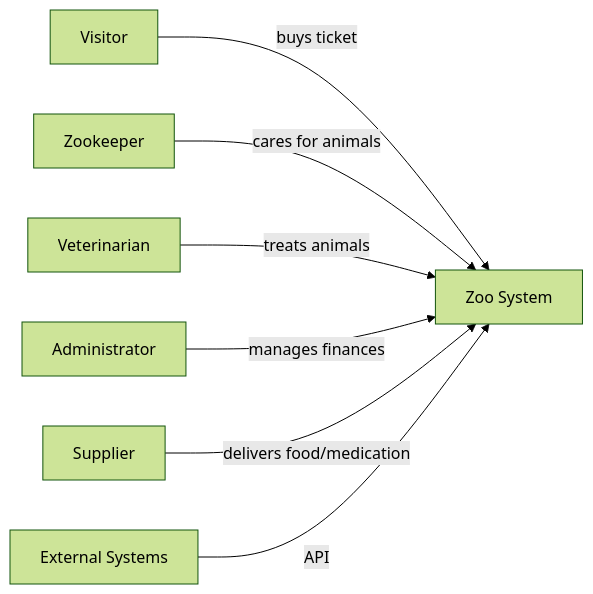
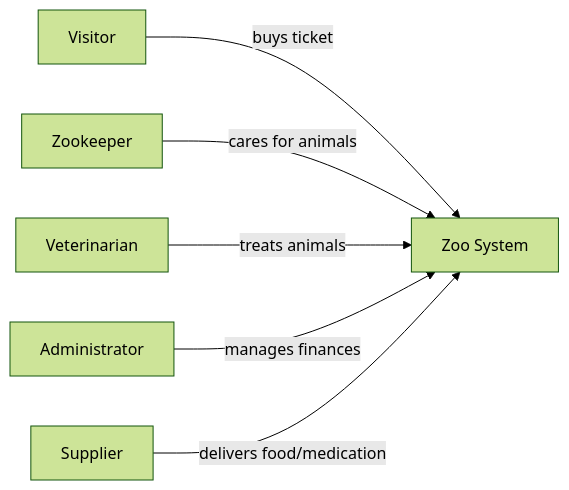
One commit to Darnell-Beganovic/zms-BBS changed the diagram in Projektplanung/Stakeholder_Anforderungen.md. Above: the diagram before and after it, drawn with Mermaid (forest theme). The commit also changed other lines of this file and 9 other files, not shown here.

````diff
--- a/Projektplanung/Stakeholder_Anforderungen.md
+++ b/Projektplanung/Stakeholder_Anforderungen.md
@@ -5,9 +5,8 @@
 ```mermaid
 graph LR
   Visitor[Visitor] -->|buys ticket| System["Zoo System"]
   Zookeeper[Zookeeper] -->|cares for animals| System
   Veterinarian[Veterinarian] -->|treats animals| System
   Administrator[Administrator] -->|manages finances| System
   Supplier[Supplier] -->|delivers food/medication| System
-  External[External Systems] -->|API| System
 ```
````
